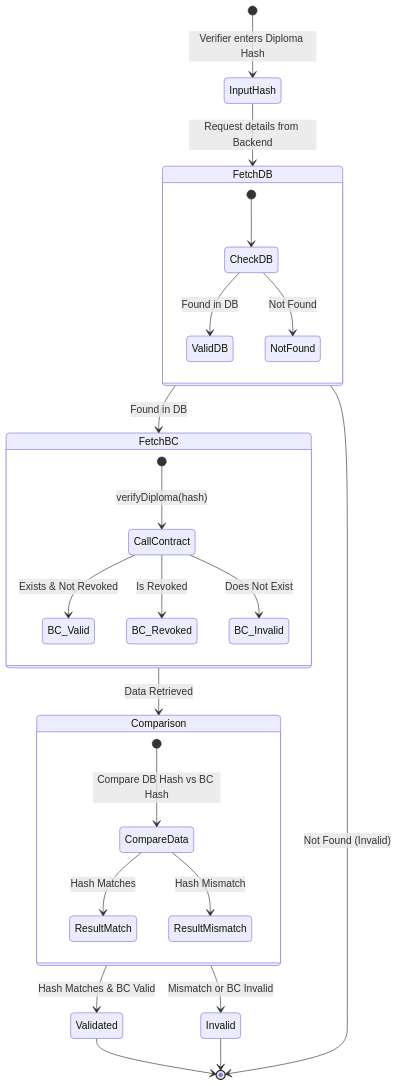
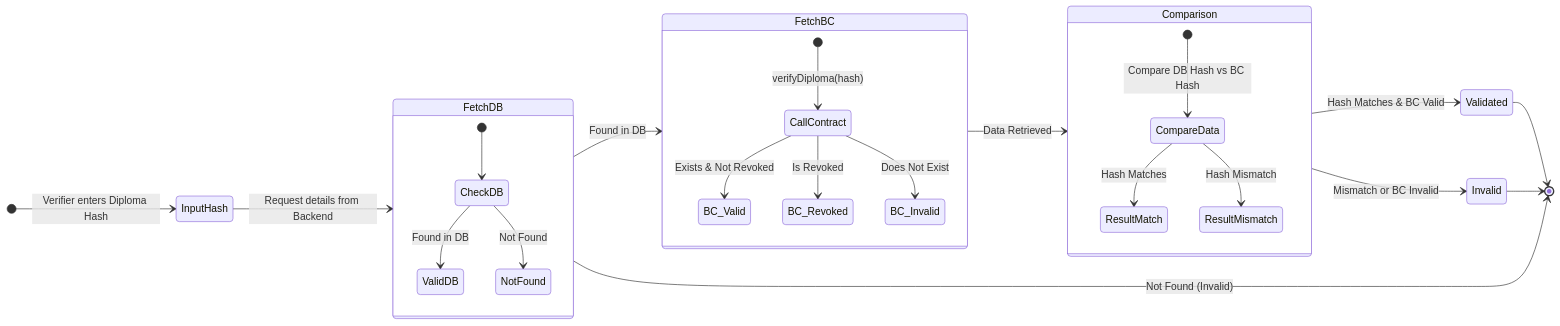
The diagram in UML_Diagram/Behavior/Activity/activity_verify_diploma.mmd (Gemilang-dev/veda-diploma-auth), drawn with Mermaid before and after one commit. The commit also changed 4 other files, not shown here.

Commit message:
docs: change activity diagrams to horizontal orientation (direction LR)

```diff
--- a/UML_Diagram/Behavior/Activity/activity_verify_diploma.mmd
+++ b/UML_Diagram/Behavior/Activity/activity_verify_diploma.mmd
@@ -1,33 +1,34 @@
 stateDiagram-v2
+    direction LR
     [*] --> InputHash: Verifier enters Diploma Hash
     InputHash --> FetchDB: Request details from Backend
     
     state FetchDB {
         [*] --> CheckDB
         CheckDB --> ValidDB: Found in DB
         CheckDB --> NotFound: Not Found
     }
     
     FetchDB --> FetchBC: Found in DB
     FetchDB --> [*]: Not Found (Invalid)
     
     state FetchBC {
         [*] --> CallContract: verifyDiploma(hash)
         CallContract --> BC_Valid: Exists & Not Revoked
         CallContract --> BC_Revoked: Is Revoked
         CallContract --> BC_Invalid: Does Not Exist
     }
     
     FetchBC --> Comparison: Data Retrieved
     
     state Comparison {
         [*] --> CompareData: Compare DB Hash vs BC Hash
         CompareData --> ResultMatch: Hash Matches
         CompareData --> ResultMismatch: Hash Mismatch
     }
     
     Comparison --> Validated: Hash Matches & BC Valid
     Validated --> [*]
     
     Comparison --> Invalid: Mismatch or BC Invalid
     Invalid --> [*]
```
